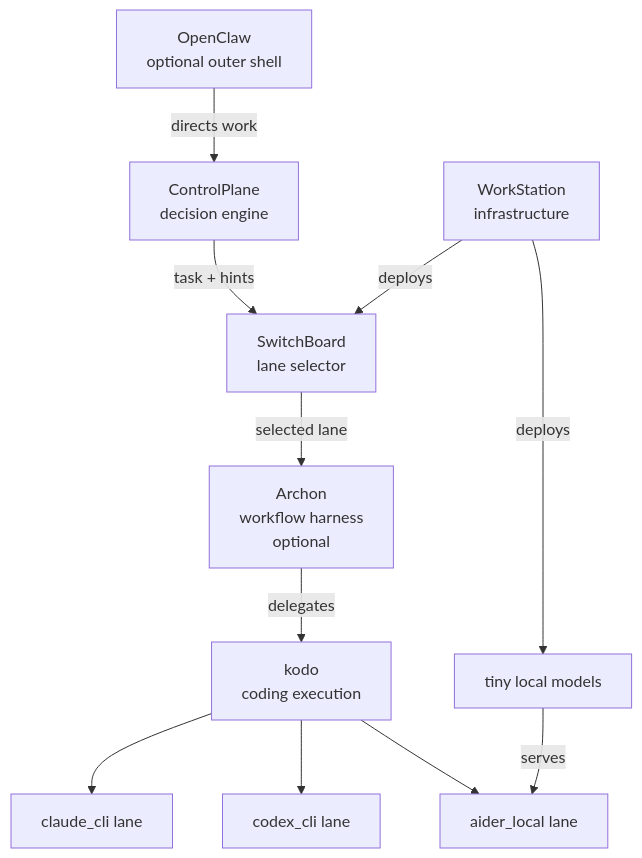
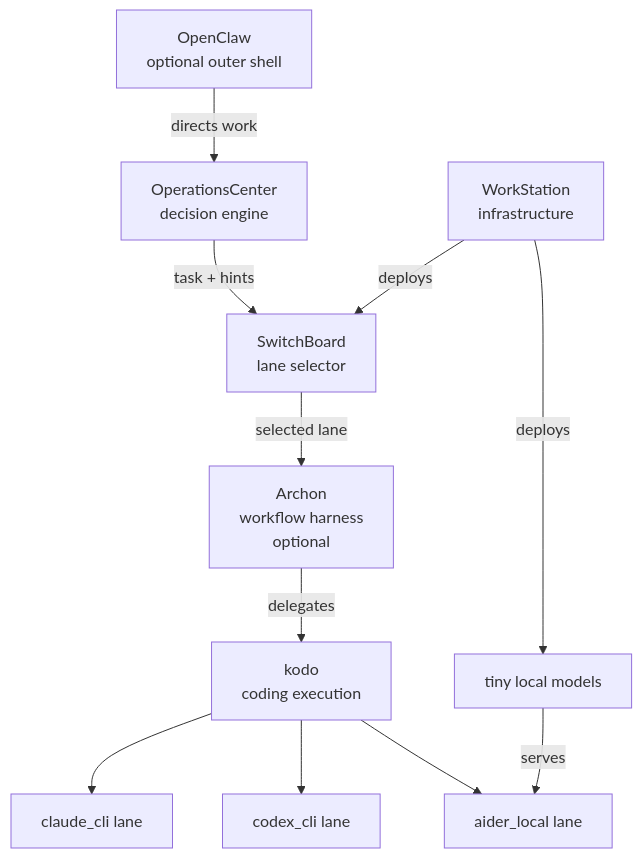
One commit to Velascat/WorkStation changed the diagram in docs/architecture/system_overview.md. Above: the diagram before and after it, drawn with Mermaid. The commit also changed other lines of this file and 35 other files, not shown here.

First line of the commit message:
refactor: update docs and tooling for OperationsCenter/OperatorConsole rename

````diff
--- a/docs/architecture/system_overview.md
+++ b/docs/architecture/system_overview.md
@@ -137,24 +137,24 @@
 ```mermaid
 graph TD
     OC[OpenClaw<br/>optional outer shell]
-    CP[ControlPlane<br/>decision engine]
+    CP[OperationsCenter<br/>decision engine]
     SB[SwitchBoard<br/>lane selector]
     AR[Archon<br/>workflow harness<br/>optional]
     KD[kodo<br/>coding execution]
     CC[claude_cli lane]
     CX[codex_cli lane]
     AL[aider_local lane]
     WS[WorkStation<br/>infrastructure]
     TM[tiny local models]
 
     OC -->|directs work| CP
     CP -->|task + hints| SB
     SB -->|selected lane| AR
     AR -->|delegates| KD
     KD --> CC
     KD --> CX
     KD --> AL
     WS -->|deploys| SB
     WS -->|deploys| TM
     TM -->|serves| AL
 ```
````
